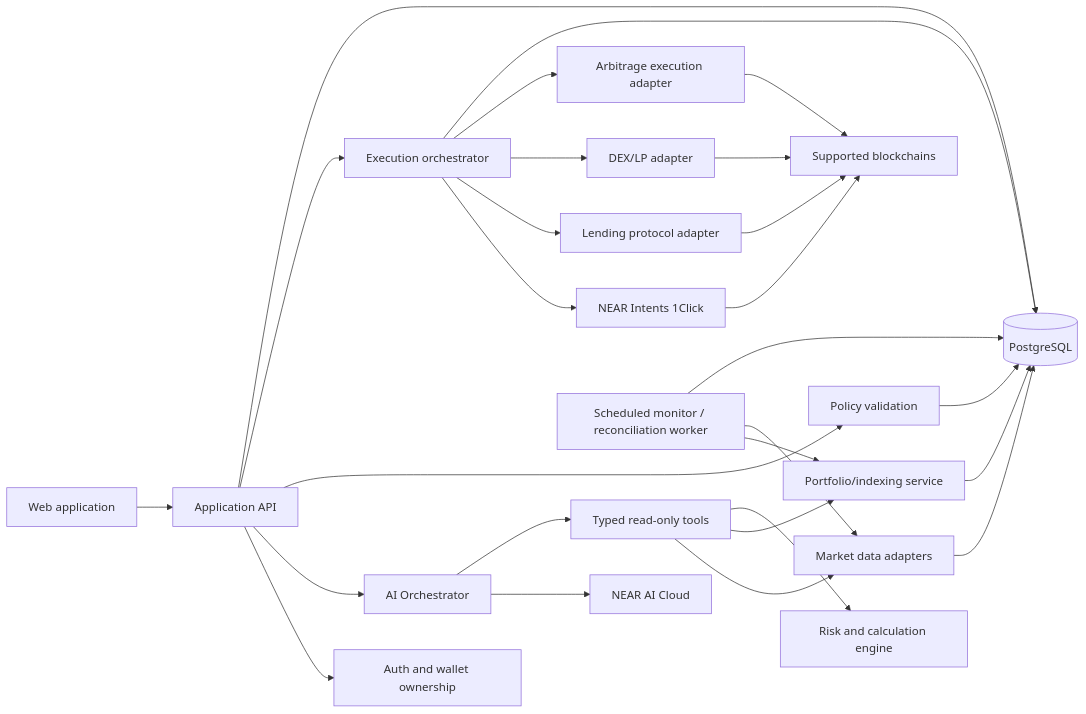
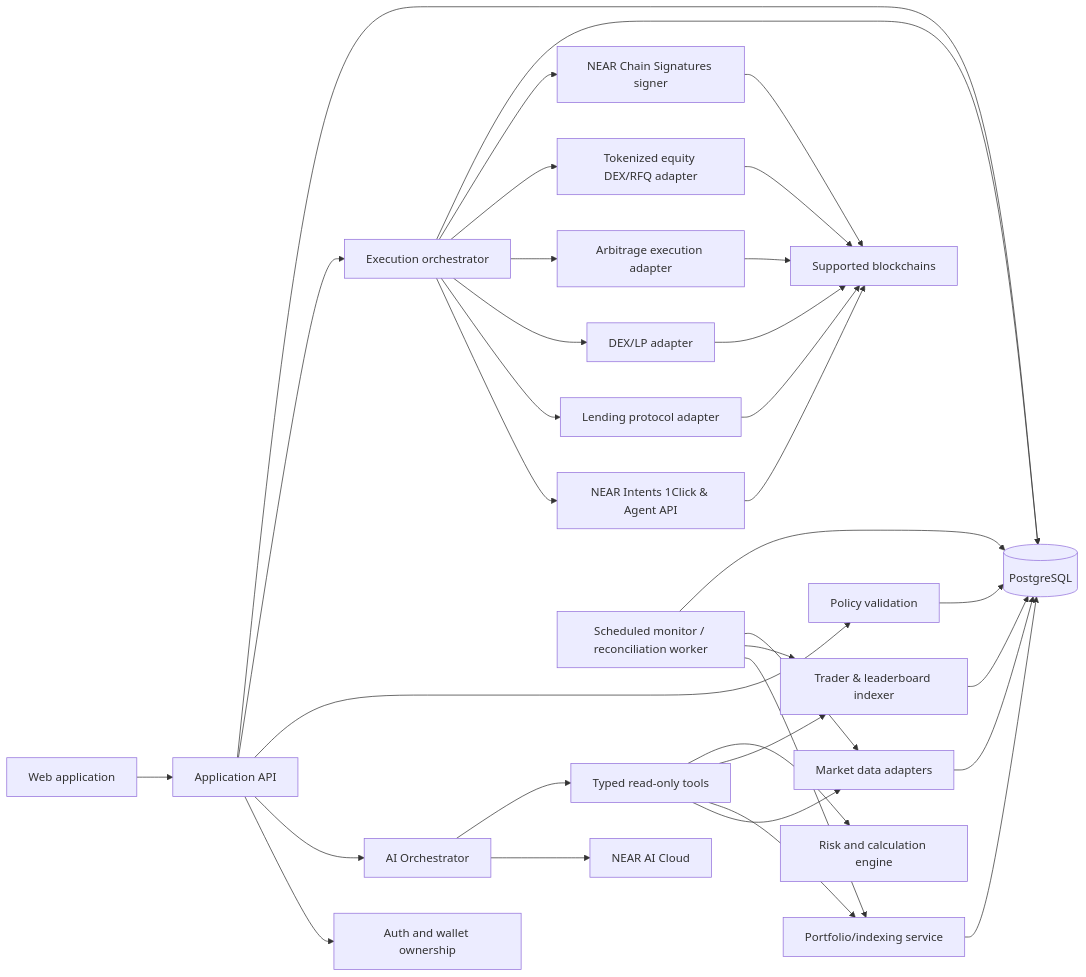
One commit to xcjohnmark/multicapita changed the second of 2 diagrams in project-docs/prd.md. Above: the diagram before and after it, drawn with Mermaid. The commit also changed other lines of this file and 101 other files, not shown here.

First line of the commit message:
feat(capita): implement production live mainnet cross-chain DeFi & RWA platform (S0-S6)

````diff
--- a/project-docs/prd.md
+++ b/project-docs/prd.md
@@ -1173,29 +1303,36 @@
 ```mermaid
 flowchart LR
     UI[Web application] --> API[Application API]
     API --> AUTH[Auth and wallet ownership]
     API --> AI[AI Orchestrator]
     AI --> MODEL[NEAR AI Cloud]
     AI --> TOOLS[Typed read-only tools]
     TOOLS --> MARKET[Market data adapters]
     TOOLS --> PORT[Portfolio/indexing service]
+    TOOLS --> COPY[Trader & leaderboard indexer]
     TOOLS --> RISK[Risk and calculation engine]
     API --> POLICY[Policy validation]
     API --> EXEC[Execution orchestrator]
-    EXEC --> ONE[NEAR Intents 1Click]
+    EXEC --> ONE[NEAR Intents 1Click & Agent API]
     EXEC --> LEND[Lending protocol adapter]
     EXEC --> LP[DEX/LP adapter]
     EXEC --> ARB[Arbitrage execution adapter]
+    EXEC --> RWA[Tokenized equity DEX/RFQ adapter]
+    EXEC --> CSIG[NEAR Chain Signatures signer]
     ONE --> CHAINS[Supported blockchains]
     LEND --> CHAINS
     LP --> CHAINS
     ARB --> CHAINS
+    RWA --> CHAINS
+    CSIG --> CHAINS
     PORT --> DB[(PostgreSQL)]
+    COPY --> DB
     MARKET --> DB
     EXEC --> DB
     POLICY --> DB
     API --> DB
     WORKER[Scheduled monitor / reconciliation worker] --> PORT
+    WORKER --> COPY
     WORKER --> MARKET
     WORKER --> DB
 ```
````
